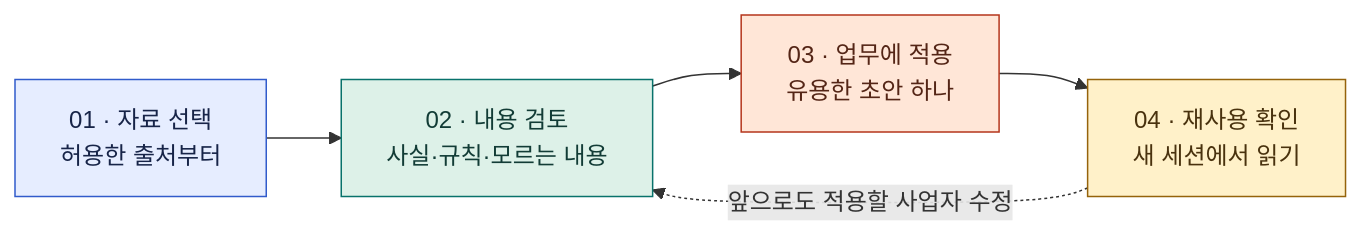
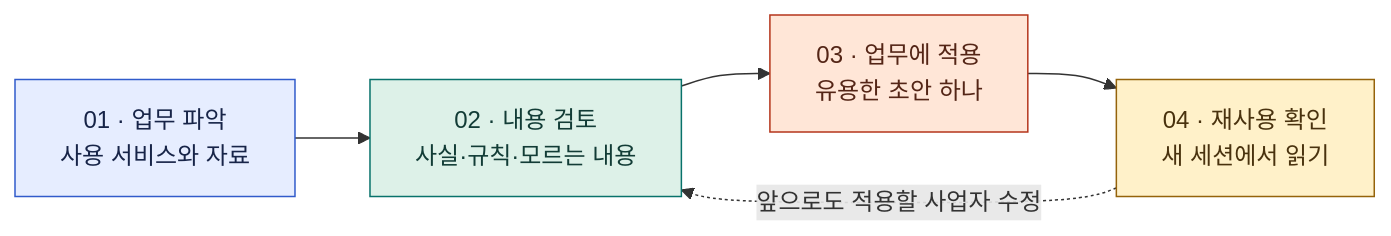
The diagram in README.ko.md (sojuhub/business-context-starter), drawn with Mermaid before and after one commit. The commit also changed other lines of this file and 15 other files, not shown here.

````diff
--- a/README.ko.md
+++ b/README.ko.md
@@ -54,11 +54,11 @@
 ```mermaid
 flowchart LR
-    A["01 · 자료 선택<br/>허용한 출처부터"] --> B["02 · 내용 검토<br/>사실·규칙·모르는 내용"]
+    A["01 · 업무 파악<br/>사용 서비스와 자료"] --> B["02 · 내용 검토<br/>사실·규칙·모르는 내용"]
     B --> C["03 · 업무에 적용<br/>유용한 초안 하나"]
     C --> D["04 · 재사용 확인<br/>새 세션에서 읽기"]
     D -. "앞으로도 적용할 사업자 수정" .-> B
     style A fill:#E6EDFF,stroke:#315BCB,color:#172448
     style B fill:#DDF1E8,stroke:#08726B,color:#123C36
     style C fill:#FFE6D7,stroke:#B5351B,color:#542516
     style D fill:#FFF1C9,stroke:#95630B,color:#49320E
 ```
````
